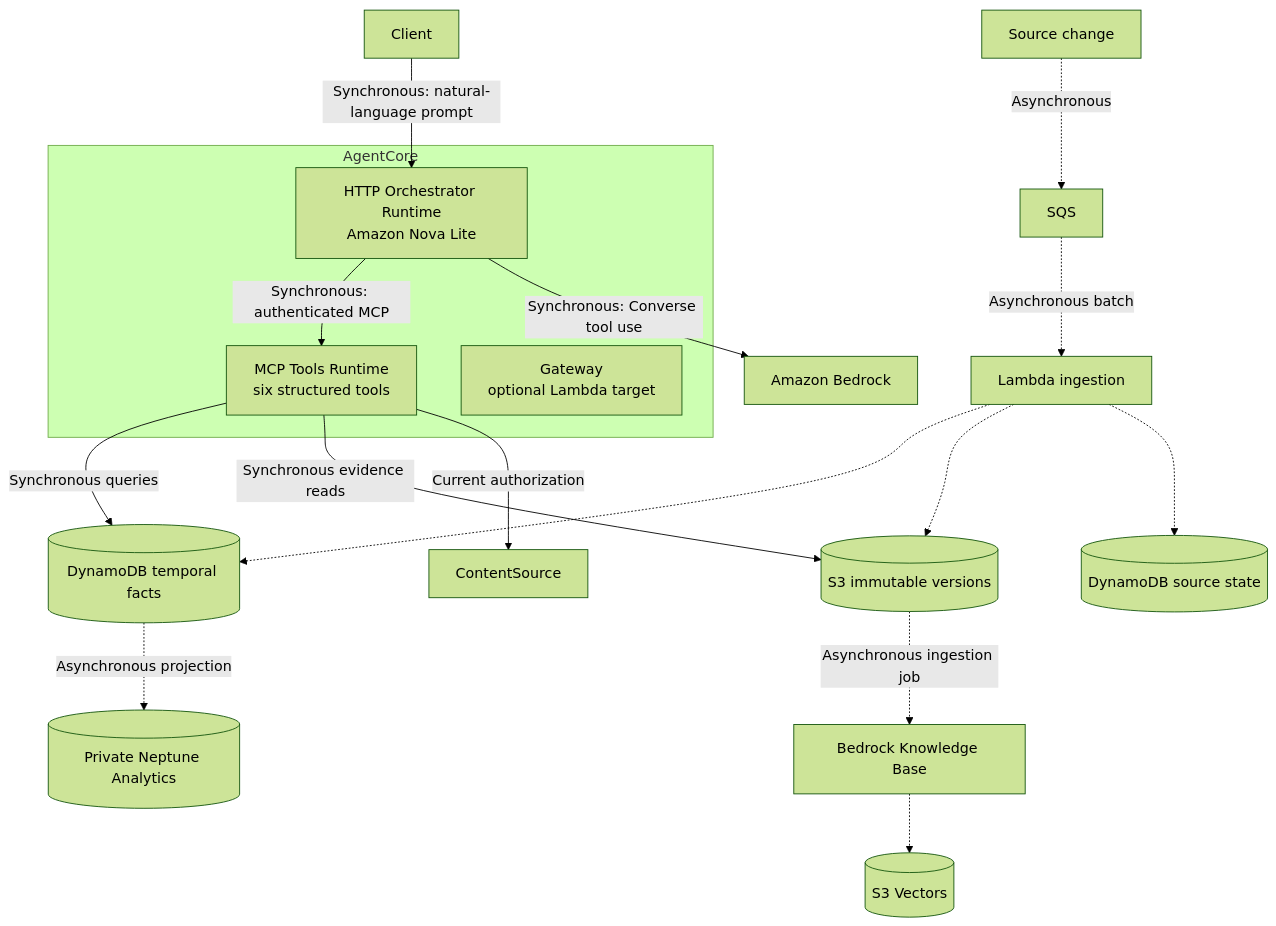
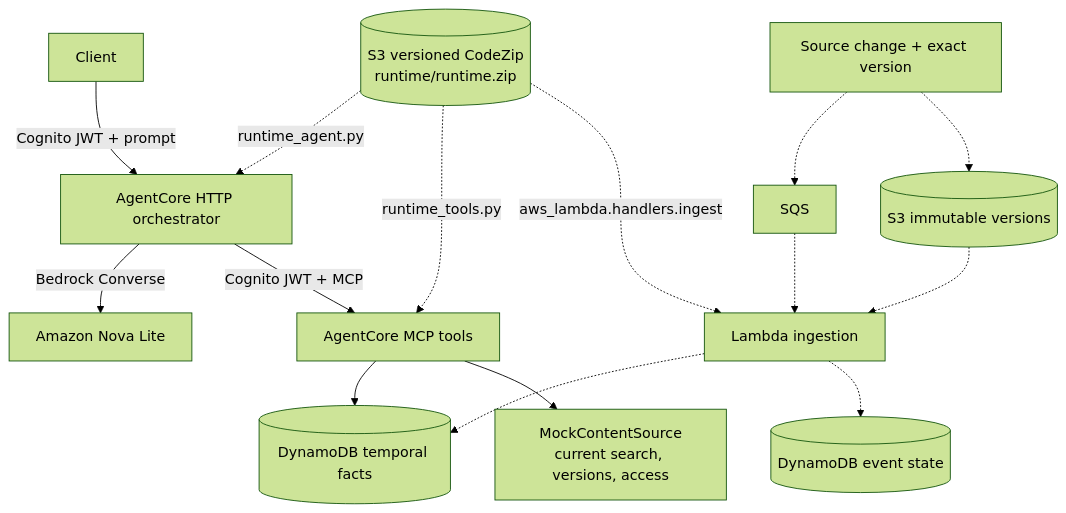
The diagram in README.md (sumanthx/temporalagent), drawn with Mermaid (forest theme) before and after one commit. The commit also changed other lines of this file and 34 other files, not shown here.

Commit message:
Use CodeZip runtimes and simplify AWS architecture

````diff
--- a/README.md
+++ b/README.md
@@ -12,27 +9,21 @@
 ```mermaid
 flowchart TD
-    U[Client] -->|Synchronous: natural-language prompt| O
+    U[Client] -->|Cognito JWT + prompt| O[AgentCore HTTP orchestrator]
+    O -->|Bedrock Converse| B[Amazon Nova Lite]
+    O -->|Cognito JWT + MCP| M[AgentCore MCP tools]
 
-    subgraph AgentCore
-      O[HTTP Orchestrator Runtime<br/>Amazon Nova Lite]
-      T[MCP Tools Runtime<br/>six structured tools]
-      G[Gateway<br/>optional Lambda target]
-    end
+    Z[(S3 versioned CodeZip<br/>runtime/runtime.zip)]
+    Z -.->|runtime_agent.py| O
+    Z -.->|runtime_tools.py| M
 
-    O -->|Synchronous: authenticated MCP| T
-    O -->|Synchronous: Converse tool use| B[Amazon Bedrock]
+    M --> D[(DynamoDB temporal facts)]
+    M --> C[MockContentSource<br/>current search, versions, access]
 
-    T -->|Synchronous queries| D[(DynamoDB temporal facts)]
-    T -->|Synchronous evidence reads| S3[(S3 immutable versions)]
-    T -->|Current authorization| C[ContentSource]
-
-    SC[Source change] -.->|Asynchronous| Q[SQS]
-    Q -.->|Asynchronous batch| L[Lambda ingestion]
+    S[Source change + exact version] -.-> Q[SQS]
+    S -.-> A[(S3 immutable versions)]
+    Q -.-> L[Lambda ingestion]
+    Z -.->|aws_lambda.handlers.ingest| L
+    A -.-> L
     L -.-> D
-    L -.-> S3
-    L -.-> ST[(DynamoDB source state)]
-
-    D -.->|Asynchronous projection| N[(Private Neptune Analytics)]
-    S3 -.->|Asynchronous ingestion job| KB[Bedrock Knowledge Base]
-    KB -.-> V[(S3 Vectors)]
+    L -.-> ST[(DynamoDB event state)]
 ```
````
